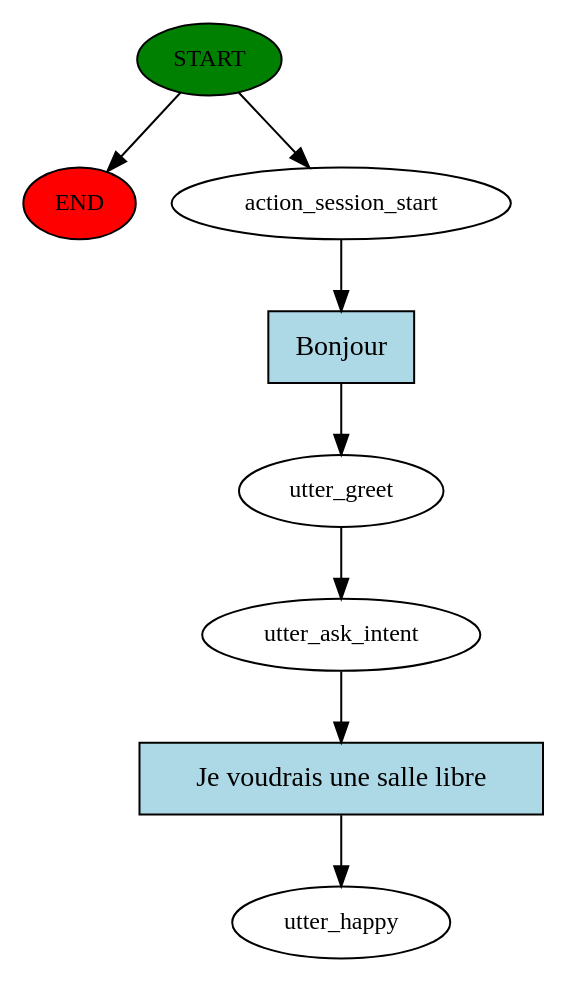
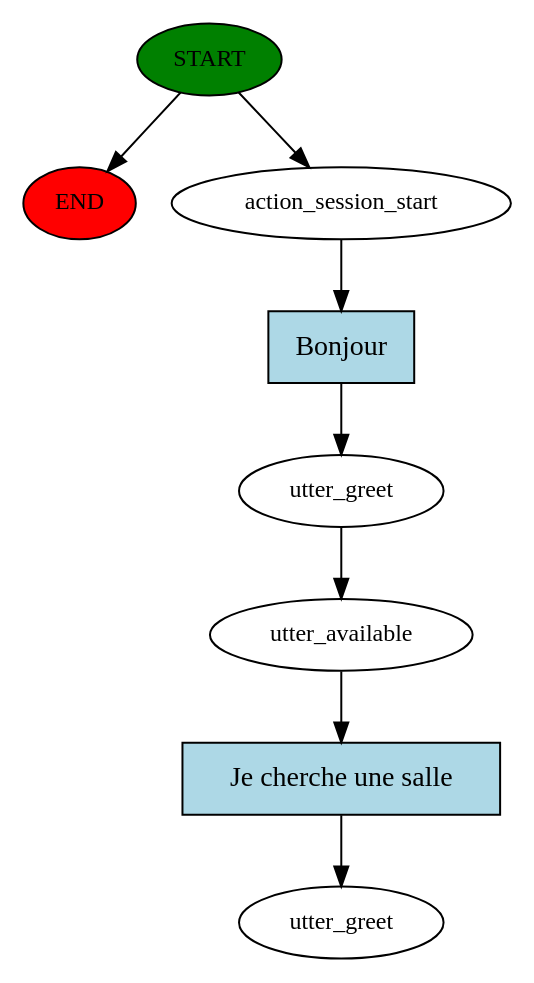
Before and after one commit to AdelChabli/RasaProject: the diagram in story_graph.dot, drawn with Graphviz. The commit also changed 15 other files, not shown here.

```diff
--- a/story_graph.dot
+++ b/story_graph.dot
@@ -1,17 +1,17 @@
 digraph  {
 0 [class="start active", fillcolor=green, fontsize=12, label=START, style=filled];
 "-1" [class=end, fillcolor=red, fontsize=12, label=END, style=filled];
 1 [class=active, fontsize=12, label=action_session_start];
 2 [class=active, fontsize=12, label=utter_greet];
-3 [class=active, fontsize=12, label=utter_ask_intent];
-4 [class="dashed active", fontsize=12, label=utter_happy];
+3 [class=active, fontsize=12, label=utter_available];
+4 [class="dashed active", fontsize=12, label=utter_greet];
 5 [class="intent active", fillcolor=lightblue, label=Bonjour, shape=rect, style=filled];
-6 [class="intent active", fillcolor=lightblue, label="Je voudrais une salle libre", shape=rect, style=filled];
+6 [class="intent active", fillcolor=lightblue, label="Je cherche une salle", shape=rect, style=filled];
 0 -> "-1"  [class="", key=NONE, label=""];
 0 -> 1  [class=active, key=NONE, label=""];
 1 -> 5  [class=active, key=0];
 2 -> 3  [class=active, key=NONE, label=""];
 3 -> 6  [class=active, key=0];
 5 -> 2  [class=active, key=0];
 6 -> 4  [class=active, key=0];
 }
```
